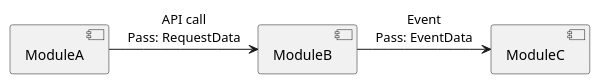
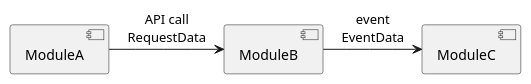
The first of 4 diagrams in visualization-guide.md (shangguan1024/sdd-workflow), drawn with PlantUML before and after one commit. The commit also changed other lines of this file and 10 other files, not shown here.

````diff
--- a/visualization-guide.md
+++ b/visualization-guide.md
@@ -26,6 +20,6 @@
 ```plantuml
 @startuml
-[ModuleA] -> [ModuleB] : API call\nPass: RequestData
-[ModuleB] -> [ModuleC] : Event\nPass: EventData
+[ModuleA] -> [ModuleB] : API call\nRequestData
+[ModuleB] -> [ModuleC] : event\nEventData
 @enduml
 ```
````
